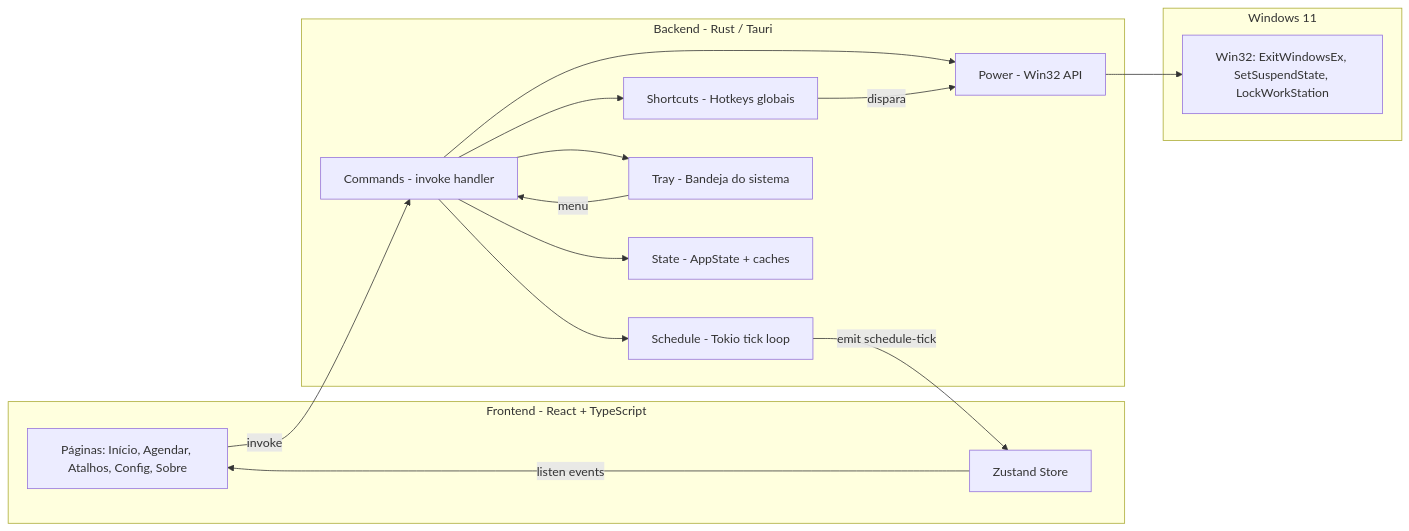
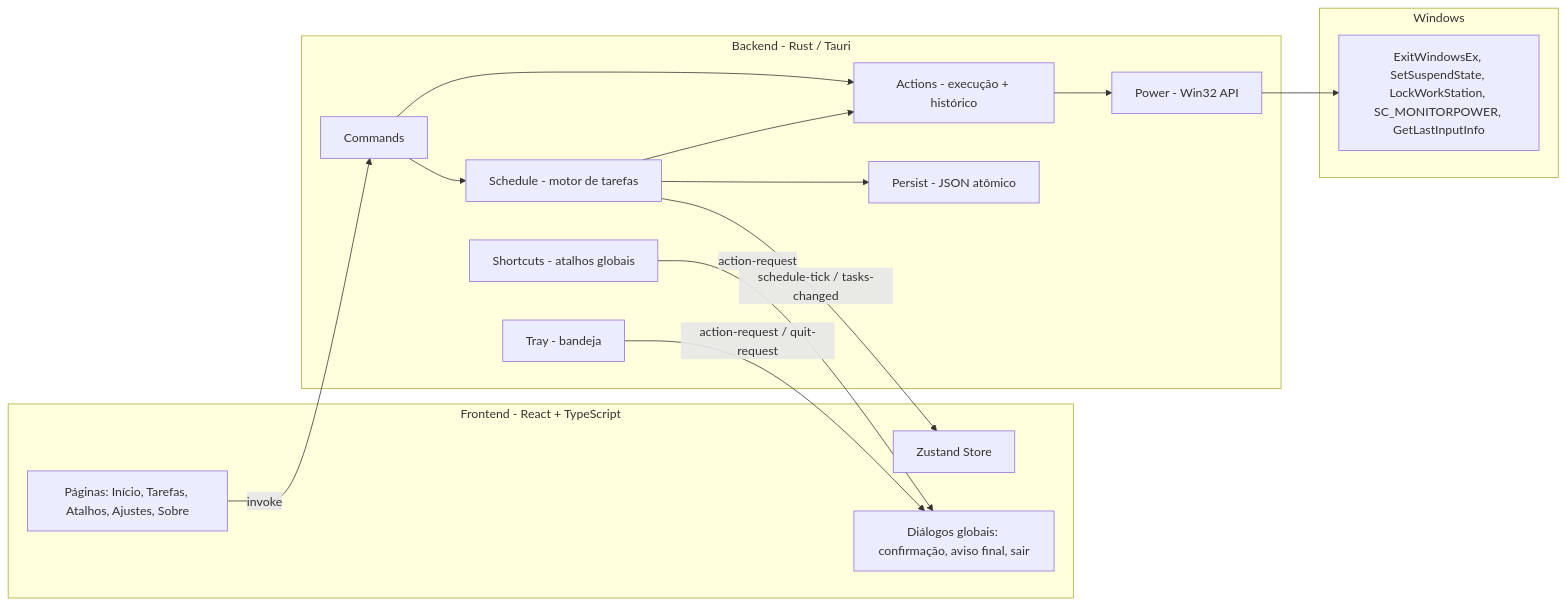
Before and after one commit to VIDORETTO/Easy-Shutdown: the diagram in README.md, drawn with Mermaid. The commit also changed other lines of this file and 49 other files, not shown here.

````diff
--- a/README.md
+++ b/README.md
@@ -103,29 +97,29 @@
 ```mermaid
 flowchart LR
     subgraph UI[Frontend - React + TypeScript]
-        A[Páginas: Início, Agendar, Atalhos, Config, Sobre]
+        A[Páginas: Início, Tarefas, Atalhos, Ajustes, Sobre]
         B[Zustand Store]
+        W[Diálogos globais: confirmação, aviso final, sair]
     end
     subgraph CORE[Backend - Rust / Tauri]
-        C[Commands - invoke handler]
+        C[Commands]
+        X[Actions - execução + histórico]
         D[Power - Win32 API]
-        E[Schedule - Tokio tick loop]
-        F[Shortcuts - Hotkeys globais]
-        G[Tray - Bandeja do sistema]
-        H[State - AppState + caches]
+        E[Schedule - motor de tarefas]
+        F[Shortcuts - atalhos globais]
+        G[Tray - bandeja]
+        P[Persist - JSON atômico]
     end
-    subgraph OS[Windows 11]
-        I[Win32: ExitWindowsEx, SetSuspendState, LockWorkStation]
+    subgraph OS[Windows]
+        I[ExitWindowsEx, SetSuspendState, LockWorkStation, SC_MONITORPOWER, GetLastInputInfo]
     end
 
     A -->|invoke| C
-    B -->|listen events| A
-    C --> D --> I
+    C --> X --> D --> I
     C --> E
-    C --> F
-    C --> G
-    C --> H
-    E -->|emit schedule-tick| B
-    F -->|dispara| D
-    G -->|menu| C
+    E -->|schedule-tick / tasks-changed| B
+    E --> X
+    F -->|action-request| W
+    G -->|action-request / quit-request| W
+    E --> P
 ```
````
